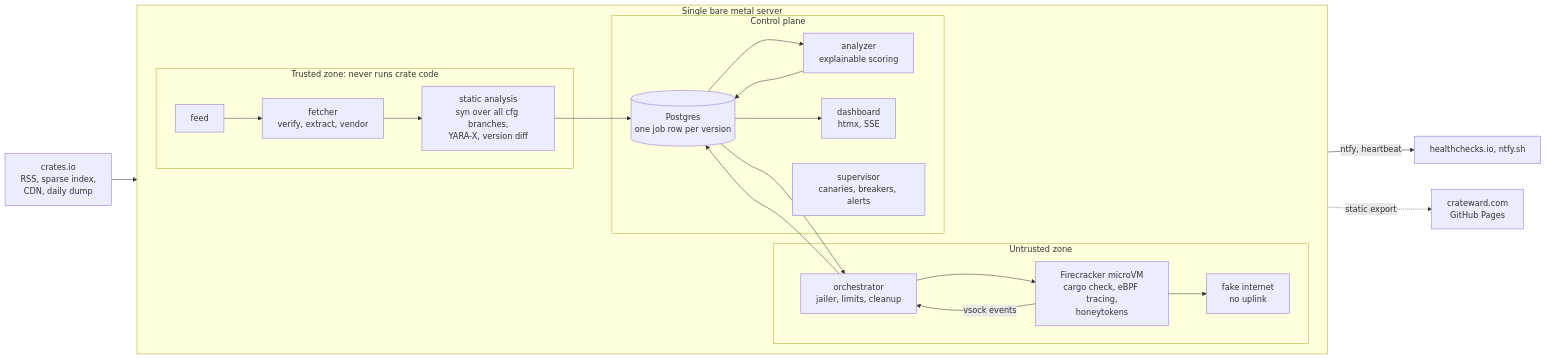
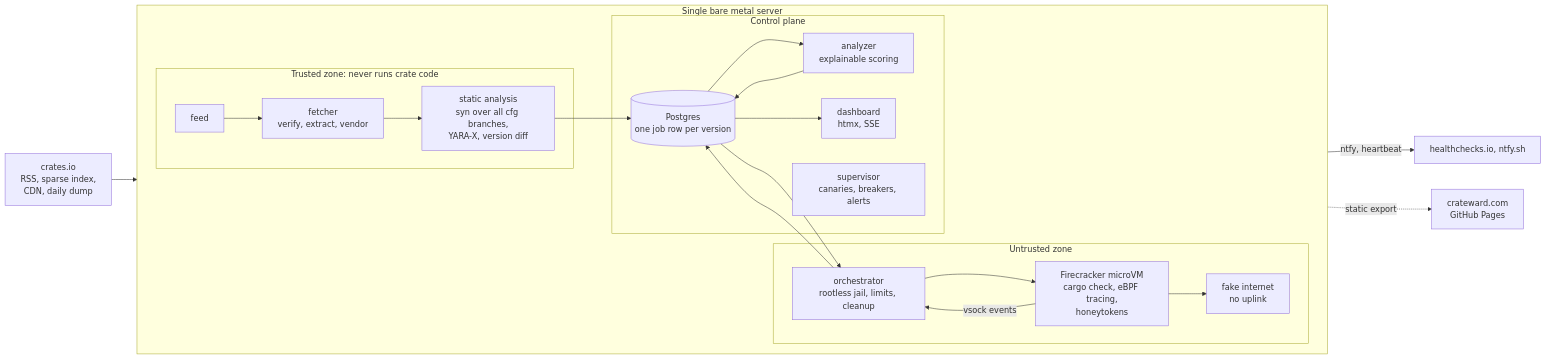
Before and after one commit to janfedler/crateward: the diagram in README.md, drawn with Mermaid. The commit also changed other lines of this file and 20 other files, not shown here.

````diff
--- a/README.md
+++ b/README.md
@@ -18,26 +18,26 @@
 ```mermaid
 flowchart LR
     cio[crates.io<br/>RSS, sparse index,<br/>CDN, daily dump]
     subgraph server[Single bare metal server]
         direction LR
         subgraph trusted[Trusted zone: never runs crate code]
             feed[feed] --> fetcher[fetcher<br/>verify, extract, vendor]
             fetcher --> sa[static analysis<br/>syn over all cfg branches,<br/>YARA-X, version diff]
         end
         subgraph untrusted[Untrusted zone]
-            orch[orchestrator<br/>jailer, limits, cleanup] --> vm[Firecracker microVM<br/>cargo check, eBPF tracing,<br/>honeytokens]
+            orch[orchestrator<br/>rootless jail, limits, cleanup] --> vm[Firecracker microVM<br/>cargo check, eBPF tracing,<br/>honeytokens]
             vm --> fi[fake internet<br/>no uplink]
         end
         subgraph control[Control plane]
             pg[(Postgres<br/>one job row per version)]
             an[analyzer<br/>explainable scoring]
             web[dashboard<br/>htmx, SSE]
             sup[supervisor<br/>canaries, breakers, alerts]
         end
         sa --> pg --> orch
         vm -- vsock events --> orch --> pg --> an --> pg --> web
     end
     cio --> feed
     sup -- ntfy, heartbeat --> ext[healthchecks.io, ntfy.sh]
     web -. static export .-> pages[crateward.com<br/>GitHub Pages]
 ```
````
